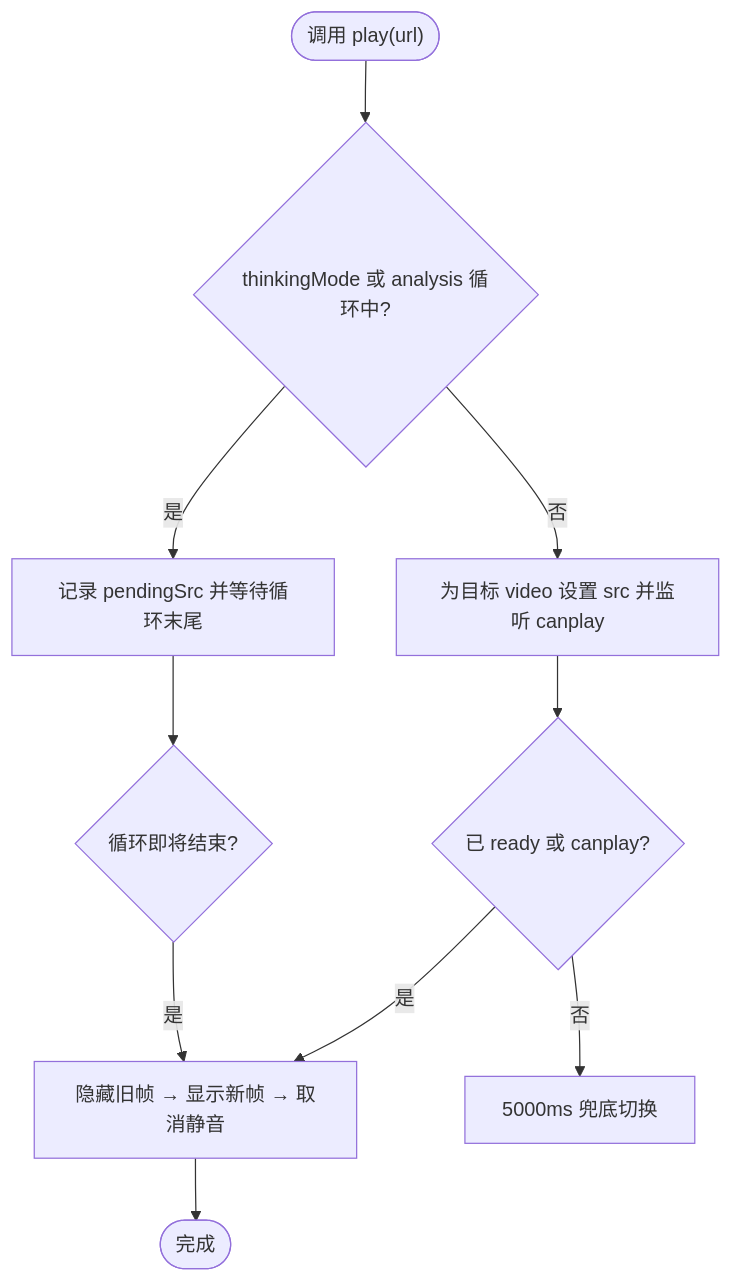
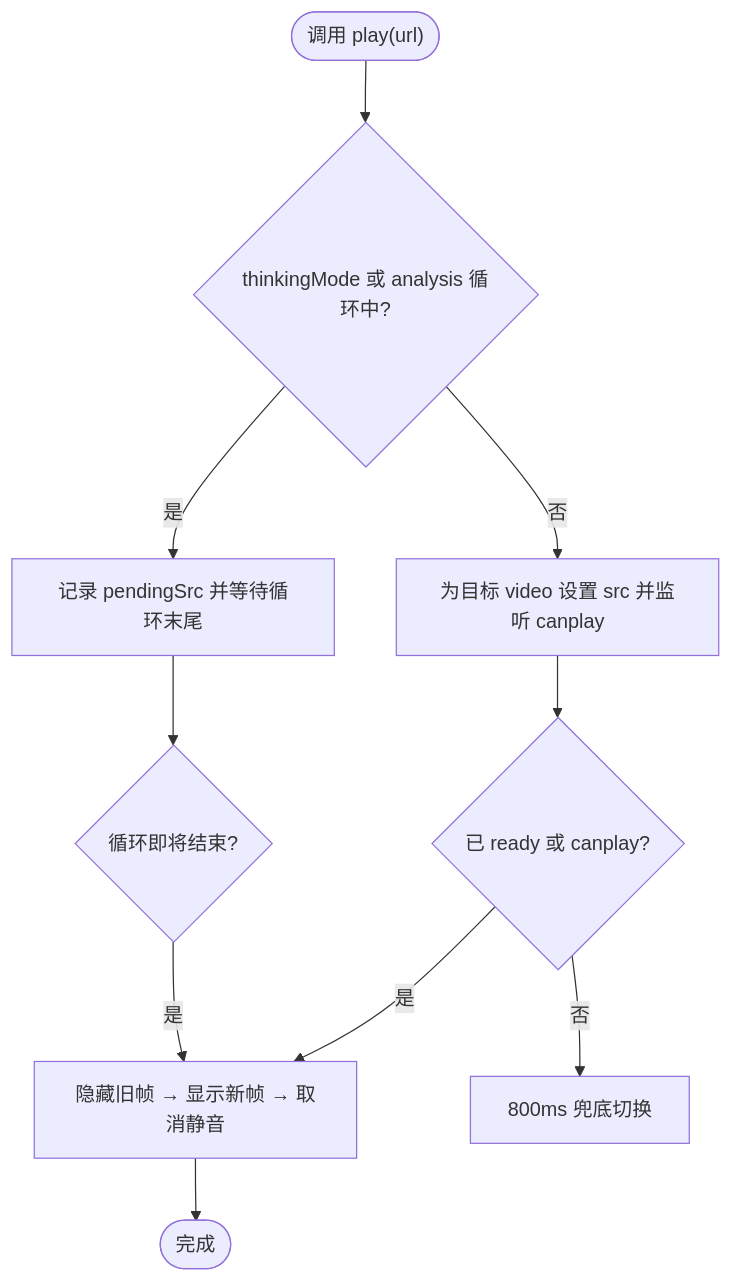
One commit to leo21cn/real-time-talk changed the fourth of 7 diagrams in .qoder/repowiki/zh/content/前端应用/前端应用.md. Above: the diagram before and after it, drawn with Mermaid. The commit also changed other lines of this file and 21 other files, not shown here.

````diff
--- a/.qoder/repowiki/zh/content/前端应用/前端应用.md
+++ b/.qoder/repowiki/zh/content/前端应用/前端应用.md
@@ -302,12 +214,12 @@
 ```mermaid
 flowchart TD
 Start(["调用 play(url)"]) --> CheckThink{"thinkingMode 或 analysis 循环中?"}
 CheckThink --> |是| Queue["记录 pendingSrc 并等待循环末尾"]
 CheckThink --> |否| Preload["为目标 video 设置 src 并监听 canplay"]
 Preload --> CanPlay{"已 ready 或 canplay?"}
 CanPlay --> |是| Switch["隐藏旧帧 → 显示新帧 → 取消静音"]
-CanPlay --> |否| Timeout["5000ms 兜底切换"]
+CanPlay --> |否| Timeout["800ms 兜底切换"]
 Queue --> LoopEnd{"循环即将结束?"}
 LoopEnd --> |是| Switch
 Switch --> End(["完成"])
 ```
````
